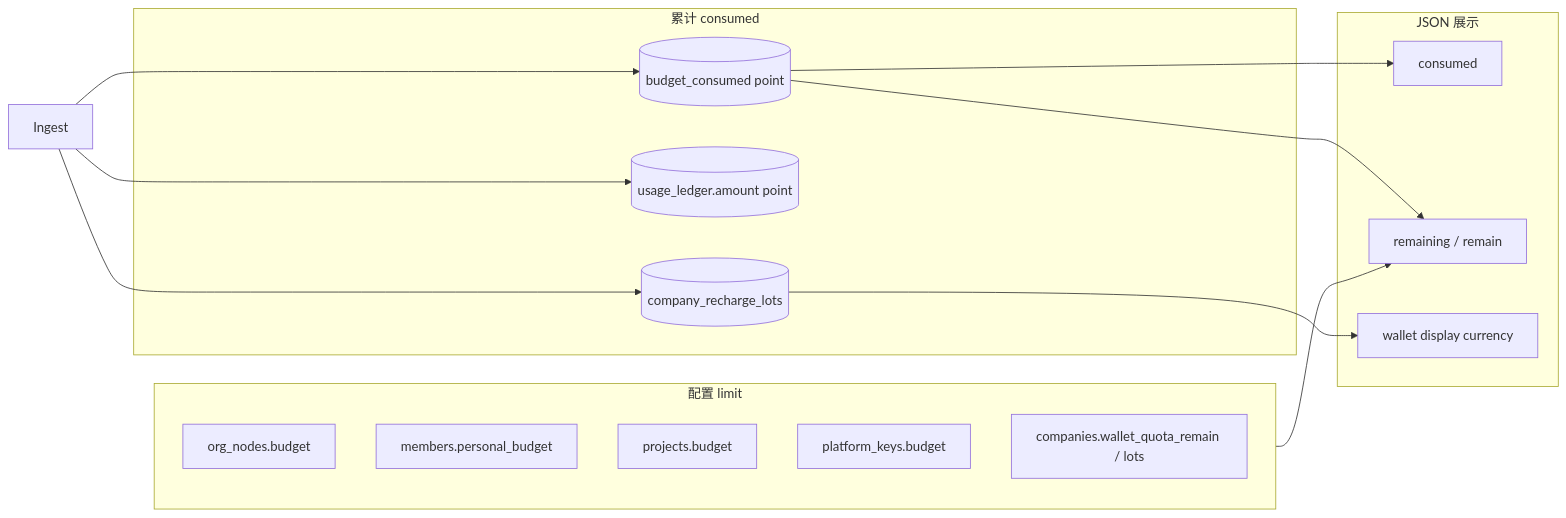
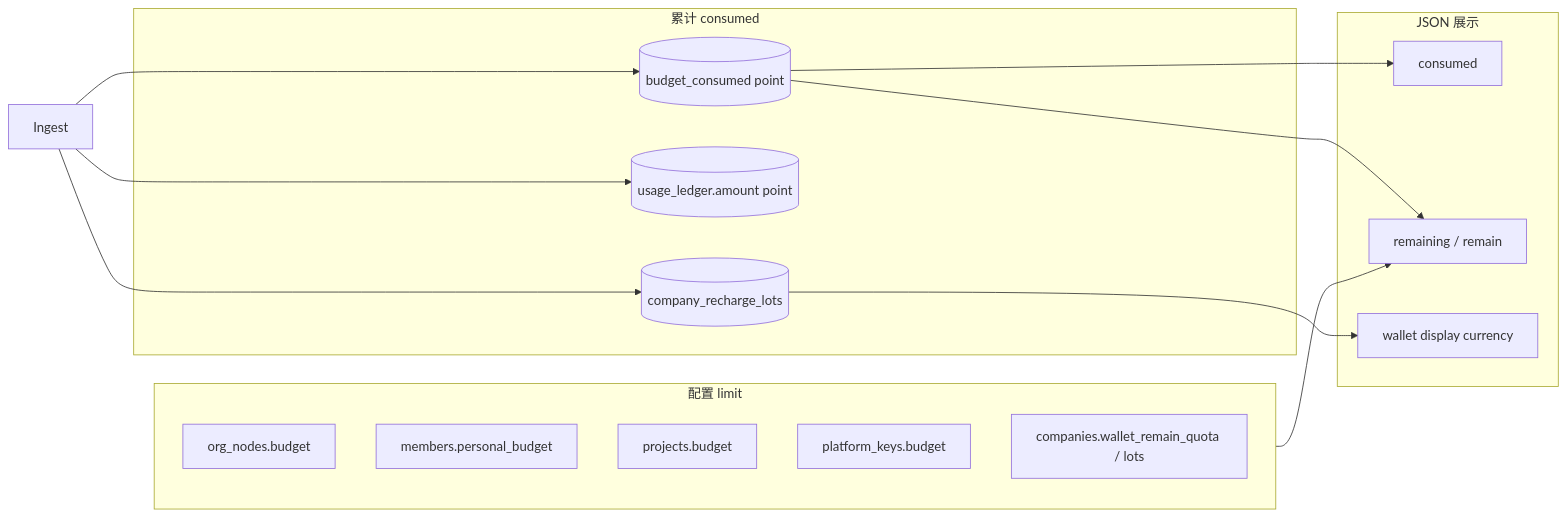
The seventh of 7 diagrams in docs/Backend-存储架构.md (quyip8818/mytokenjoy), drawn with Mermaid before and after one commit. The commit also changed other lines of this file and 49 other files, not shown here.

Commit message:
rename wallet_remain

````diff
--- a/docs/Backend-存储架构.md
+++ b/docs/Backend-存储架构.md
@@ -248,28 +248,28 @@
 ```mermaid
 flowchart LR
   subgraph assign [配置 limit]
     OB[org_nodes.budget]
     PQ[members.personal_budget]
     PRJ[projects.budget]
     PKQ[platform_keys.budget]
-    WAL[companies.wallet_quota_remain / lots]
+    WAL[companies.wallet_remain_quota / lots]
   end
 
   subgraph spend [累计 consumed]
     BS[(budget_consumed point)]
     UL[(usage_ledger.amount point)]
     LOT[(company_recharge_lots)]
   end
 
   subgraph api [JSON 展示]
     C[consumed]
     R[remaining / remain]
     W[wallet display currency]
   end
 
   ING[Ingest] --> BS & UL & LOT
   BS --> C
   assign --> R
   BS --> R
   LOT --> W
 ```
````
